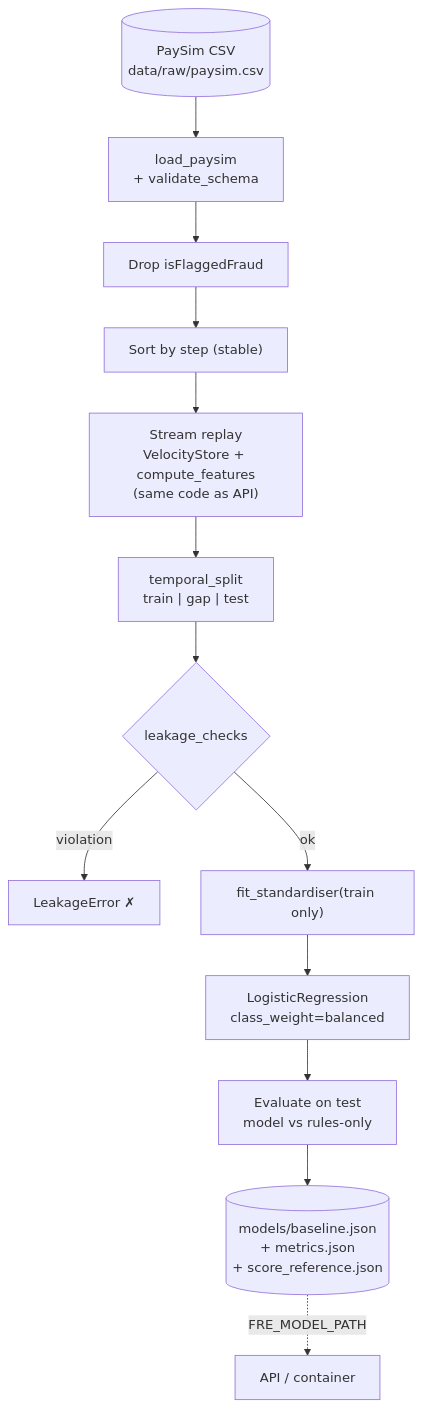
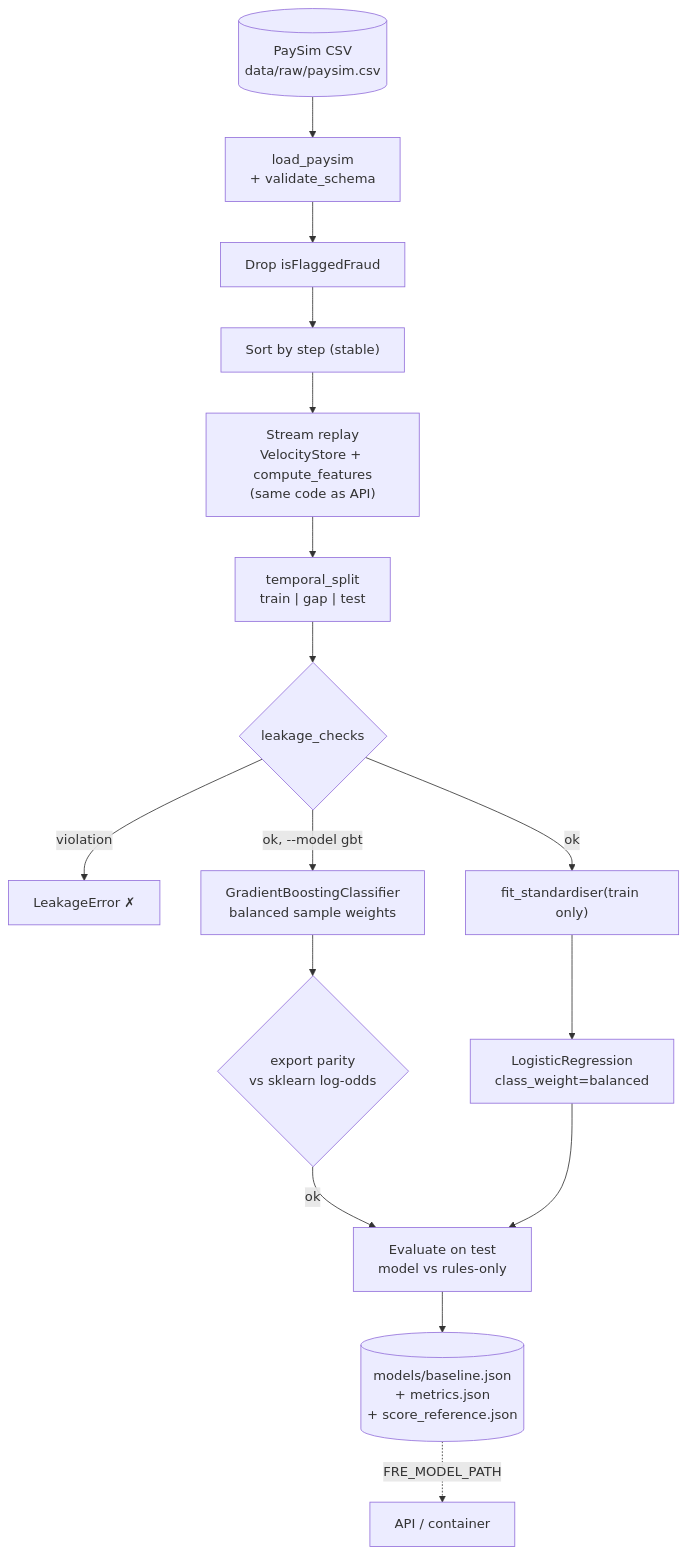
The third of 5 diagrams in docs/architecture.md (Csaf111/realtime-fraud-risk-engine), drawn with Mermaid before and after one commit. The commit also changed other lines of this file and 9 other files, not shown here.

First line of the commit message:
feat(model): gradient-boosted trees option with exact TreeSHAP explanations

````diff
--- a/docs/architecture.md
+++ b/docs/architecture.md
@@ -53,15 +53,18 @@
 ```mermaid
 flowchart TD
     csv[("PaySim CSV<br/>data/raw/paysim.csv")] --> load["load_paysim<br/>+ validate_schema"]
     load --> drop["Drop isFlaggedFraud"]
     drop --> sort["Sort by step (stable)"]
     sort --> replay["Stream replay<br/>VelocityStore + compute_features<br/>(same code as API)"]
     replay --> split["temporal_split<br/>train | gap | test"]
     split --> checks{"leakage_checks"}
     checks -- violation --> fail["LeakageError ✗"]
     checks -- ok --> scale["fit_standardiser(train only)"]
     scale --> fit["LogisticRegression<br/>class_weight=balanced"]
+    checks -- "ok, --model gbt" --> gbt["GradientBoostingClassifier<br/>balanced sample weights"]
+    gbt --> parity{"export parity<br/>vs sklearn log-odds"}
+    parity -- ok --> eval
     fit --> eval["Evaluate on test<br/>model vs rules-only"]
     eval --> art[("models/baseline.json<br/>+ metrics.json<br/>+ score_reference.json")]
     art -. "FRE_MODEL_PATH" .-> serve["API / container"]
 ```
````
